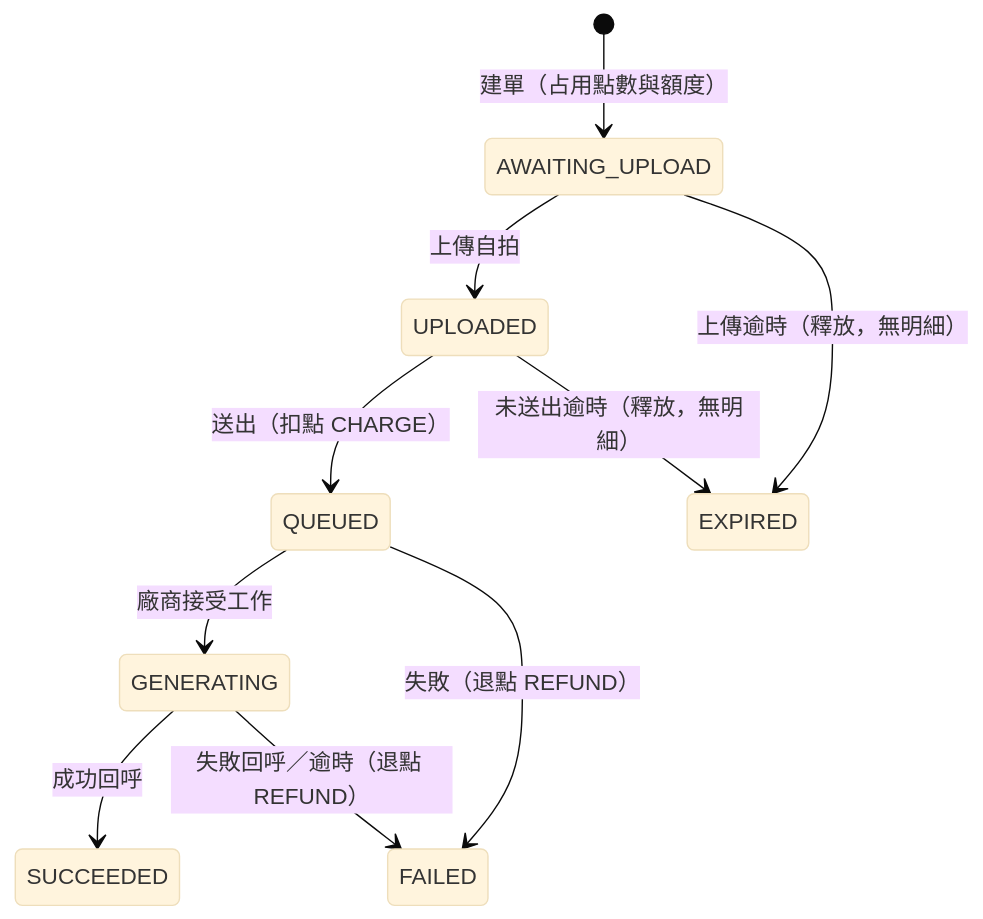
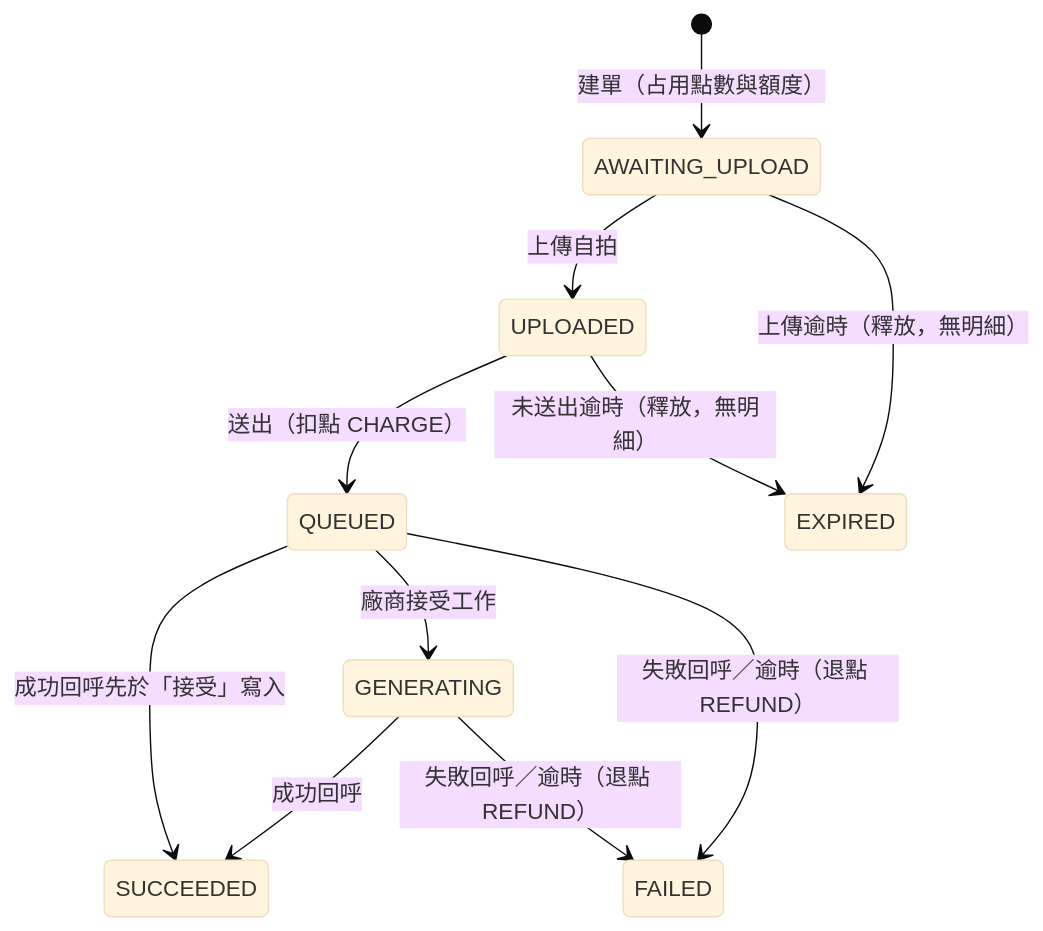
Before and after one commit to jay41chen/cameo: the diagram in spec.md, drawn with Mermaid (base theme). The commit also changed other lines of this file and 32 other files, not shown here.

````diff
--- a/spec.md
+++ b/spec.md
@@ -63,12 +63,13 @@
 ```mermaid
 stateDiagram-v2
   [*] --> AWAITING_UPLOAD: 建單（占用點數與額度）
   AWAITING_UPLOAD --> UPLOADED: 上傳自拍
   UPLOADED --> QUEUED: 送出（扣點 CHARGE）
   QUEUED --> GENERATING: 廠商接受工作
   GENERATING --> SUCCEEDED: 成功回呼
-  QUEUED --> FAILED: 失敗（退點 REFUND）
+  QUEUED --> SUCCEEDED: 成功回呼先於「接受」寫入
+  QUEUED --> FAILED: 失敗回呼／逾時（退點 REFUND）
   GENERATING --> FAILED: 失敗回呼／逾時（退點 REFUND）
   AWAITING_UPLOAD --> EXPIRED: 上傳逾時（釋放，無明細）
   UPLOADED --> EXPIRED: 未送出逾時（釋放，無明細）
 ```
````
